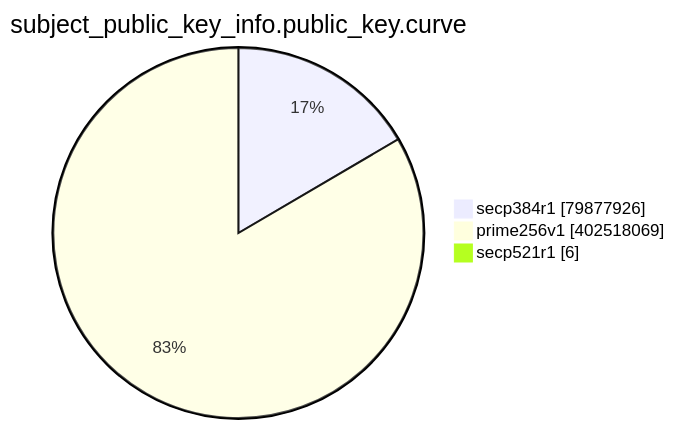
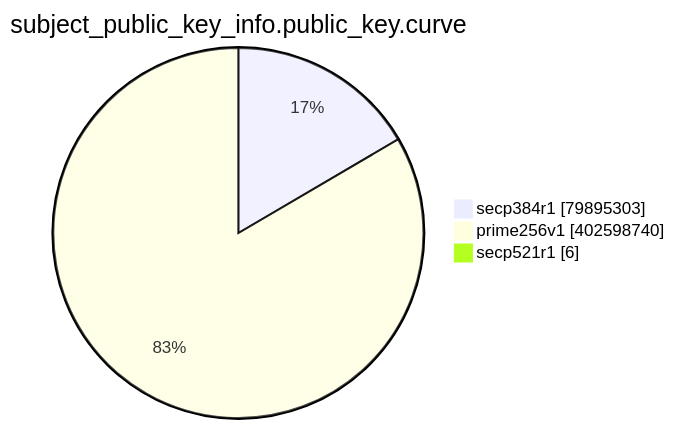
The eighth of 15 diagrams in TOTAL/README.md (christiankrug/ctmonitor_visualization), drawn with Mermaid before and after one commit. The commit also changed other lines of this file, not shown here.

````diff
--- a/TOTAL/README.md
+++ b/TOTAL/README.md
@@ -3095,7 +3095,7 @@
 ```mermaid
 pie showData
 title subject_public_key_info.public_key.curve
-"secp384r1" :79877926
-"prime256v1" :402518069
+"secp384r1" :79895303
+"prime256v1" :402598740
 "secp521r1" :6
 ```
````
